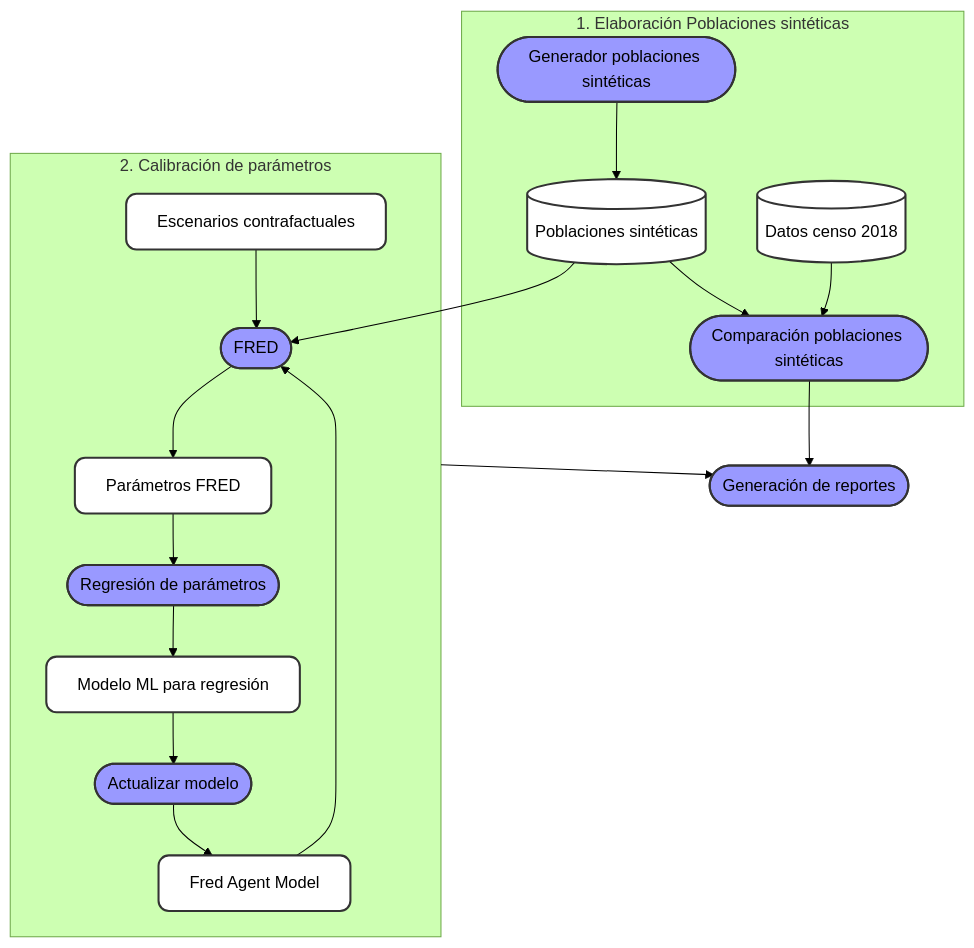
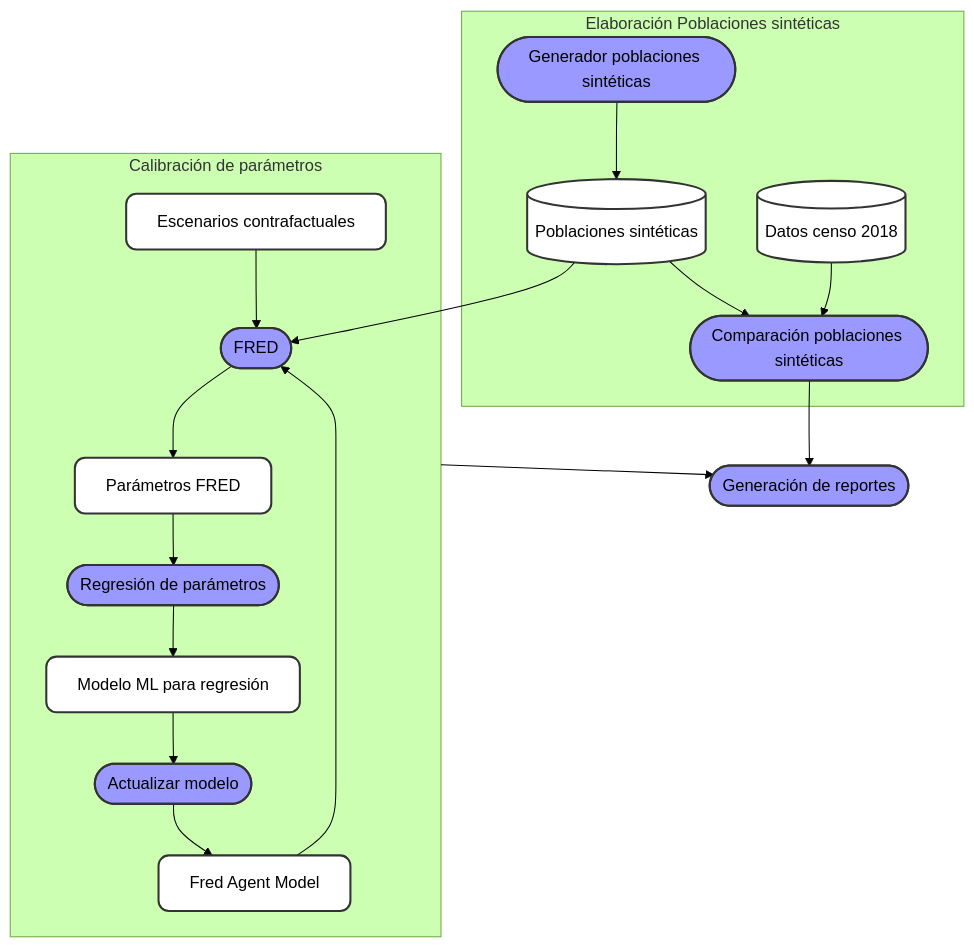
Before and after one commit to AGORA-COL/.github: the diagram in profile/FRED/FlujoDatos.md, drawn with Mermaid (forest theme).

````diff
--- a/profile/FRED/FlujoDatos.md
+++ b/profile/FRED/FlujoDatos.md
@@ -11,45 +11,45 @@
 ```mermaid
 flowchart TB
-    subgraph EPS[1. Elaboración Poblaciones sintéticas]
+    subgraph EPS[Elaboración Poblaciones sintéticas]
         GPS([Generador poblaciones sintéticas])
         PS[(Poblaciones sintéticas)]
         CPS([Comparación poblaciones sintéticas])
         DC[(Datos censo 2018)]
     end 
     PS --> F
-    subgraph CP[2. Calibración de parámetros]
+    subgraph CP[Calibración de parámetros]
         EC[Escenarios contrafactuales]
         FAM[Fred Agent Model]
         F([FRED])
         FP[Parámetros FRED]
         RP([Regresión de parámetros])
         ML[Modelo ML para regresión]
         AM([Actualizar modelo])
         EC --> F --> FP --> RP --> ML --> AM --> FAM --> F
     end
     R([Generación de reportes])
 
     GPS --> PS --> CPS
     DC --> CPS
     CP --> R
     CPS --> R
 
 
     %% Links
     click GPS "https://github.com/AGORA-COL/synthetic_populations"
     click ML "https://github.com/AGORA-COL/fred_parameters_regression"
     click R "https://github.com/AGORA-COL/model-reports"
     click F "https://github.com/AGORA-COL/FRED"
     click FAM "https://github.com/AGORA-COL/fred_colombia_implementation"
 
     %% Styles
     class F,R,RP,GPS,CPS,AM process;
     class PS,DC repository;
     class EC,ML,FAM,FP model;
 
     classDef model fill:#fff,stroke:#333,stroke-width:2px,color:#000,rx:10,ry:10;
     classDef process fill:#99f,stroke:#333,stroke-width:2px,color:black,rx:30,ry:30;
     classDef repository fill:#fff,stroke:#333,stroke-width:2px,stroke: 5 5,color:#000;
     classDef software fill:orange,stroke:#333,stroke-width:2px,color:#000;
     classDef report fill:#ddd,stroke:#333,stroke-width:2px,color:#000;
 ```
````
